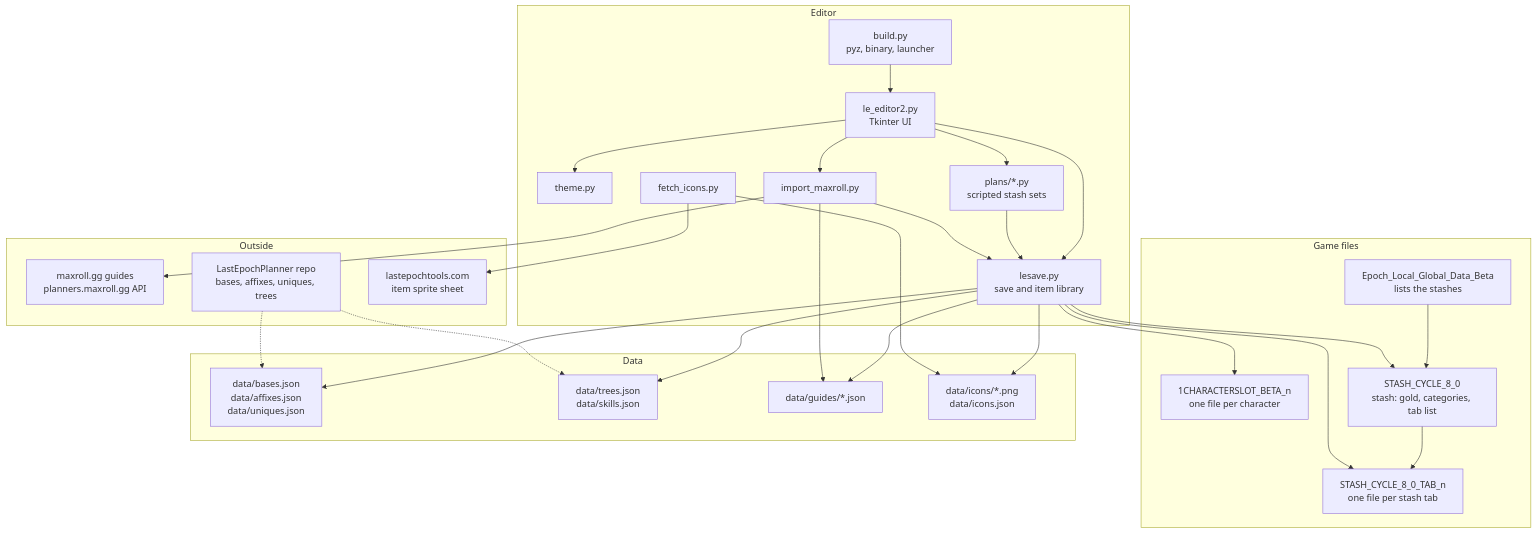
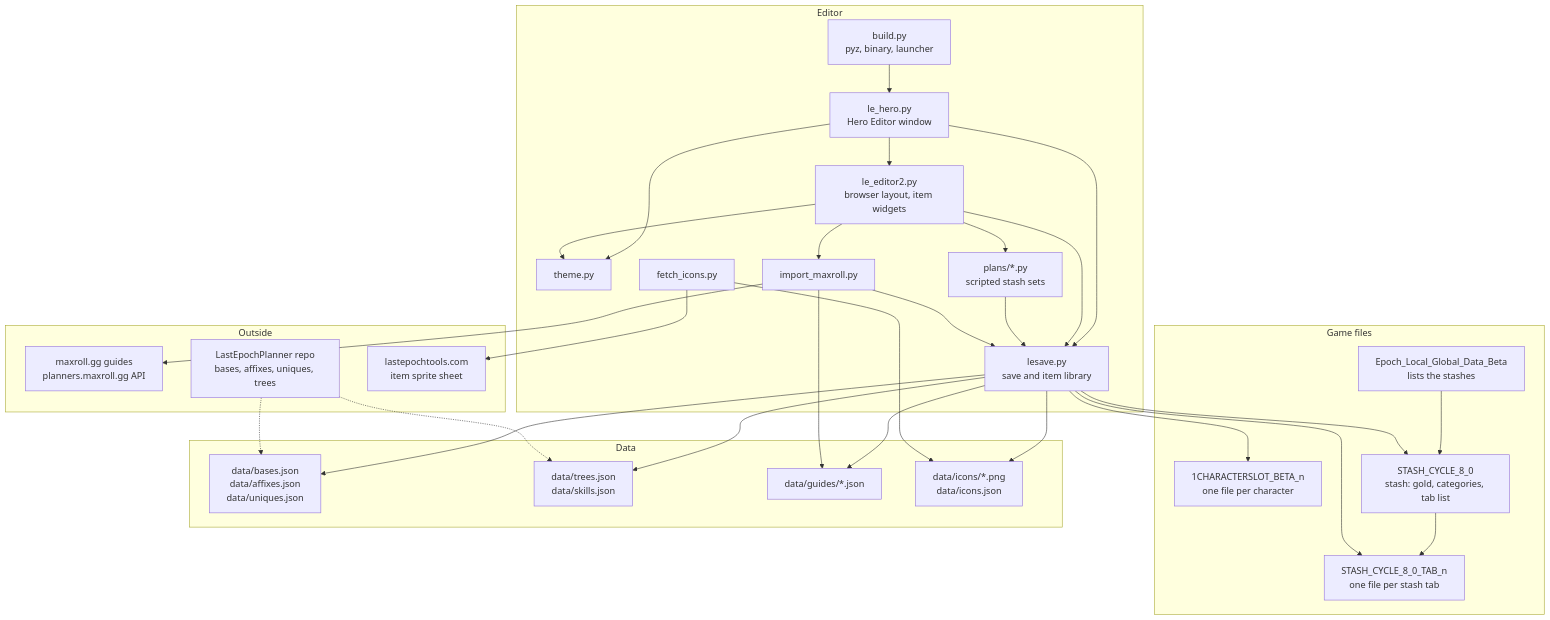
Before and after one commit to szefo94/last-epoch-save-editor: the first of 2 diagrams in docs/README.md, drawn with Mermaid. The commit also changed 6 other files, not shown here.

First line of the commit message:
Hero Editor becomes the main program

````diff
--- a/docs/README.md
+++ b/docs/README.md
@@ -18,55 +18,59 @@
 ```mermaid
 graph TD
     subgraph Game files
         G[Epoch_Local_Global_Data_Beta<br/>lists the stashes]
         C[1CHARACTERSLOT_BETA_n<br/>one file per character]
         S[STASH_CYCLE_8_0<br/>stash: gold, categories, tab list]
         T[STASH_CYCLE_8_0_TAB_n<br/>one file per stash tab]
         G --> S
         S --> T
     end
 
     subgraph Editor
-        E[le_editor2.py<br/>Tkinter UI]
+        H[le_hero.py<br/>Hero Editor window]
+        E[le_editor2.py<br/>browser layout, item widgets]
         L[lesave.py<br/>save and item library]
         TH[theme.py]
         IM[import_maxroll.py]
         PL[plans/*.py<br/>scripted stash sets]
         FI[fetch_icons.py]
         B[build.py<br/>pyz, binary, launcher]
+        H --> E
+        H --> L
+        H --> TH
         E --> L
         E --> TH
         E --> IM
         E --> PL
         PL --> L
         IM --> L
-        B --> E
+        B --> H
     end
 
     subgraph Data
         D1[data/bases.json<br/>data/affixes.json<br/>data/uniques.json]
         D2[data/trees.json<br/>data/skills.json]
         D3[data/guides/*.json]
         D4[data/icons/*.png<br/>data/icons.json]
     end
 
     subgraph Outside
         MR[maxroll.gg guides<br/>planners.maxroll.gg API]
         LEP[LastEpochPlanner repo<br/>bases, affixes, uniques, trees]
         LET[lastepochtools.com<br/>item sprite sheet]
     end
 
     L --> C
     L --> S
     L --> T
     L --> D1
     L --> D2
     L --> D3
     L --> D4
     IM --> MR
     IM --> D3
     FI --> LET
     FI --> D4
     LEP -.-> D1
     LEP -.-> D2
 ```
````
